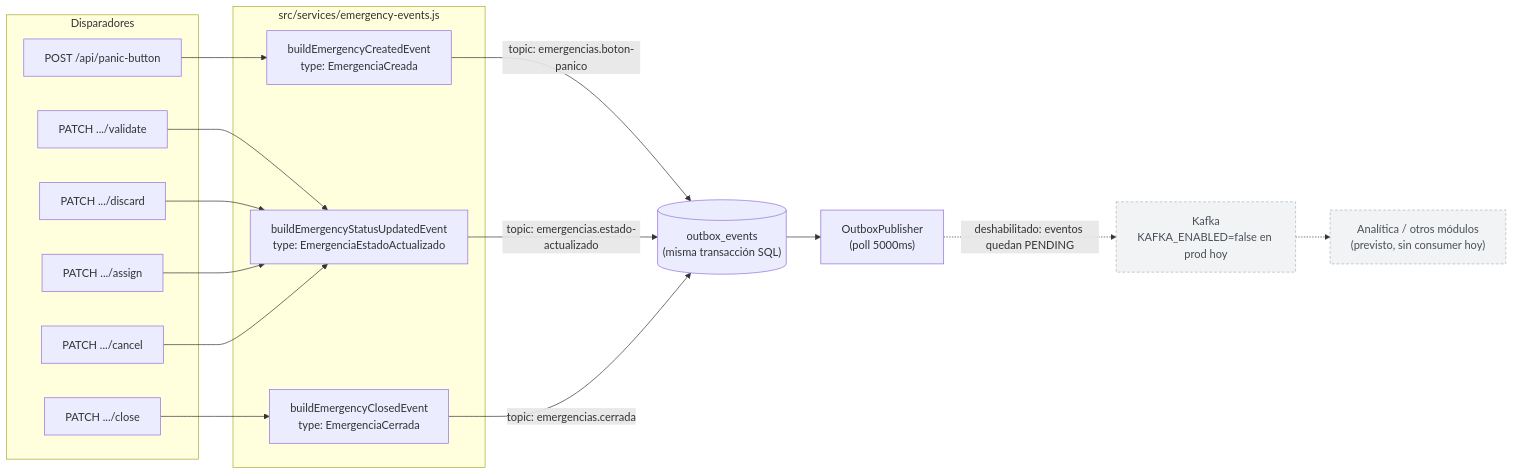
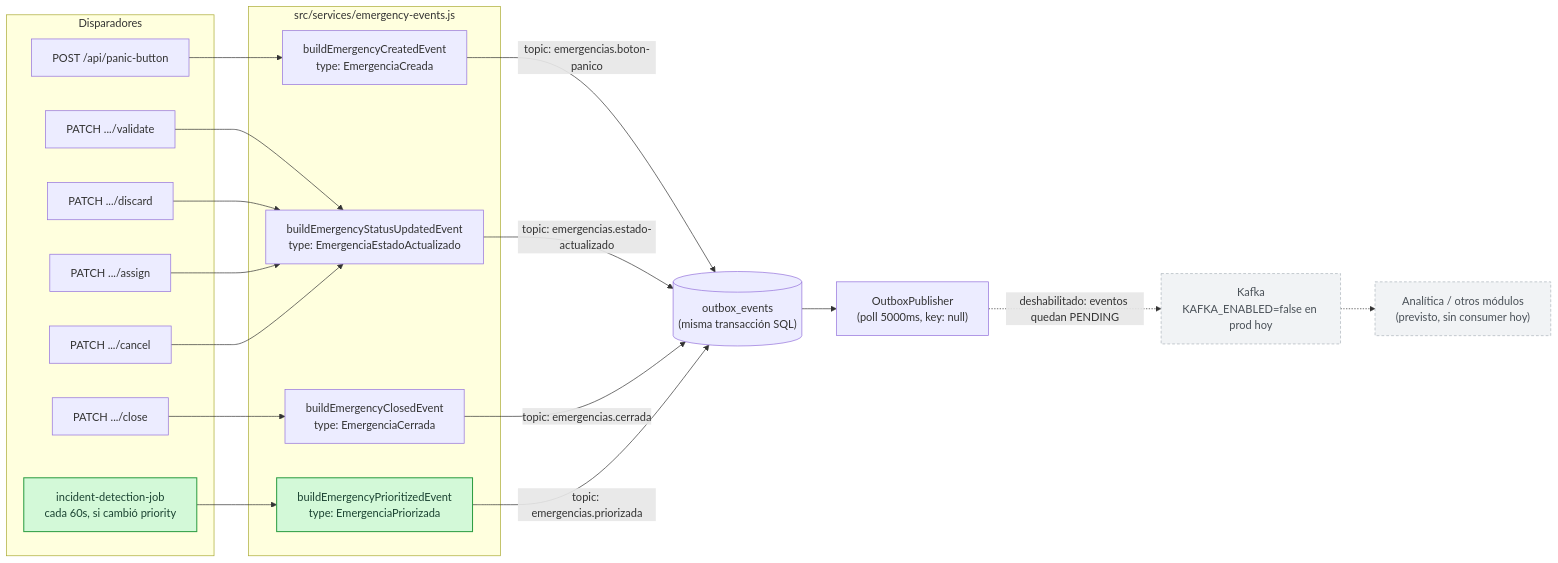
Before and after one commit to G6D2/emergencias-backend: the diagram in docs/diagramas/06-eventos.md, drawn with Mermaid. The commit also changed other lines of this file and 9 other files, not shown here.

````diff
--- a/docs/diagramas/06-eventos.md
+++ b/docs/diagramas/06-eventos.md
@@ -7,39 +7,44 @@
 ```mermaid
 flowchart LR
     subgraph triggers["Disparadores"]
         t1["POST /api/panic-button"]
         t2["PATCH .../validate"]
         t3["PATCH .../discard"]
         t4["PATCH .../assign"]
         t5["PATCH .../cancel"]
         t6["PATCH .../close"]
+        t7["incident-detection-job<br/>cada 60s, si cambió priority"]:::incident
     end
 
     subgraph builders["src/services/emergency-events.js"]
         e1["buildEmergencyCreatedEvent<br/>type: EmergenciaCreada"]
         e2["buildEmergencyStatusUpdatedEvent<br/>type: EmergenciaEstadoActualizado"]
         e3["buildEmergencyClosedEvent<br/>type: EmergenciaCerrada"]
+        e4["buildEmergencyPrioritizedEvent<br/>type: EmergenciaPriorizada"]:::incident
     end
 
     outbox[("outbox_events<br/>(misma transacción SQL)")]
-    pub["OutboxPublisher<br/>(poll 5000ms)"]
+    pub["OutboxPublisher<br/>(poll 5000ms, key: null)"]
     kafka["Kafka<br/>KAFKA_ENABLED=false en prod hoy"]:::planned
     analitica["Analítica / otros módulos<br/>(previsto, sin consumer hoy)"]:::planned
 
     t1 --> e1
     t2 --> e2
     t3 --> e2
     t4 --> e2
     t5 --> e2
     t6 --> e3
+    t7 --> e4
 
     e1 -->|"topic: emergencias.boton-panico"| outbox
     e2 -->|"topic: emergencias.estado-actualizado"| outbox
     e3 -->|"topic: emergencias.cerrada"| outbox
+    e4 -->|"topic: emergencias.priorizada"| outbox
 
     outbox --> pub
     pub -.->|"deshabilitado: eventos quedan PENDING"| kafka
     kafka -.-> analitica
 
     classDef planned fill:#f1f3f5,stroke:#adb5bd,color:#495057,stroke-width:1px,stroke-dasharray: 4 3;
+    classDef incident fill:#d3f9d8,stroke:#2f9e44,color:#1b4332,stroke-width:1.5px;
 ```
````
